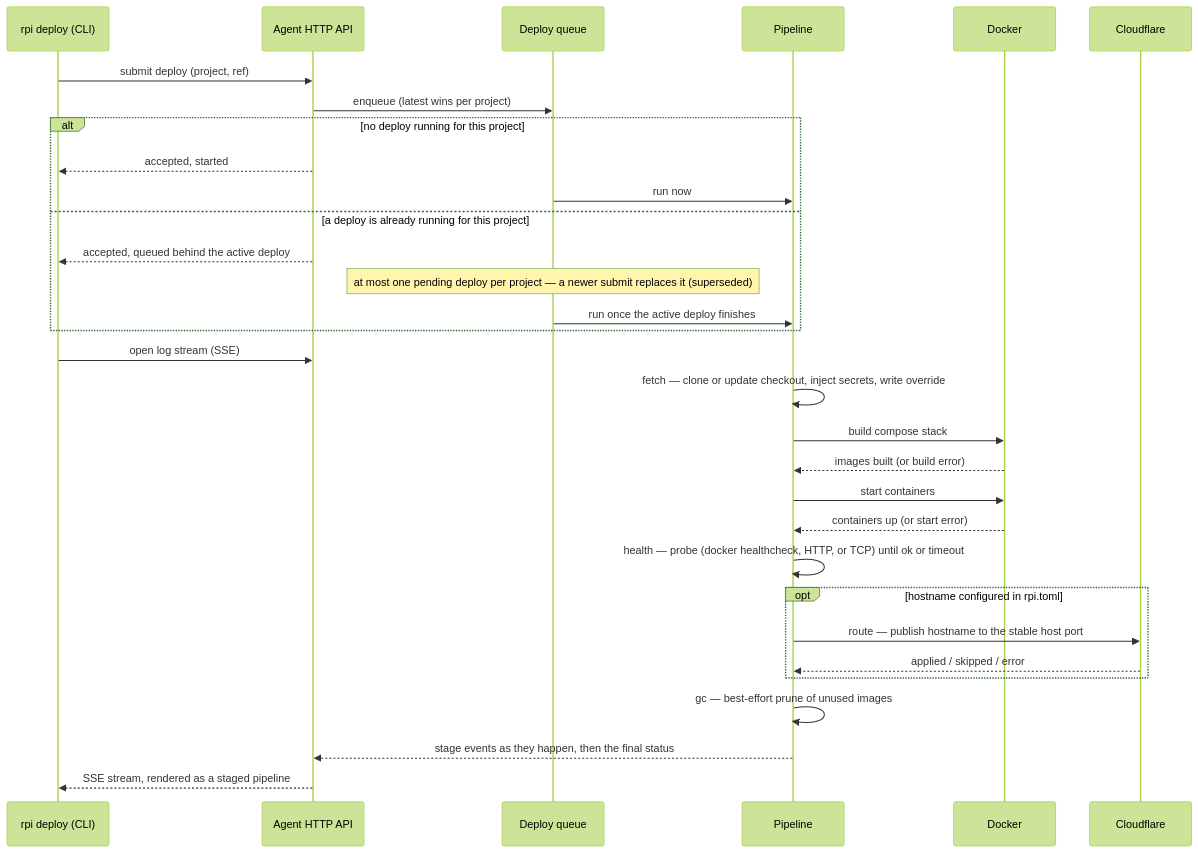
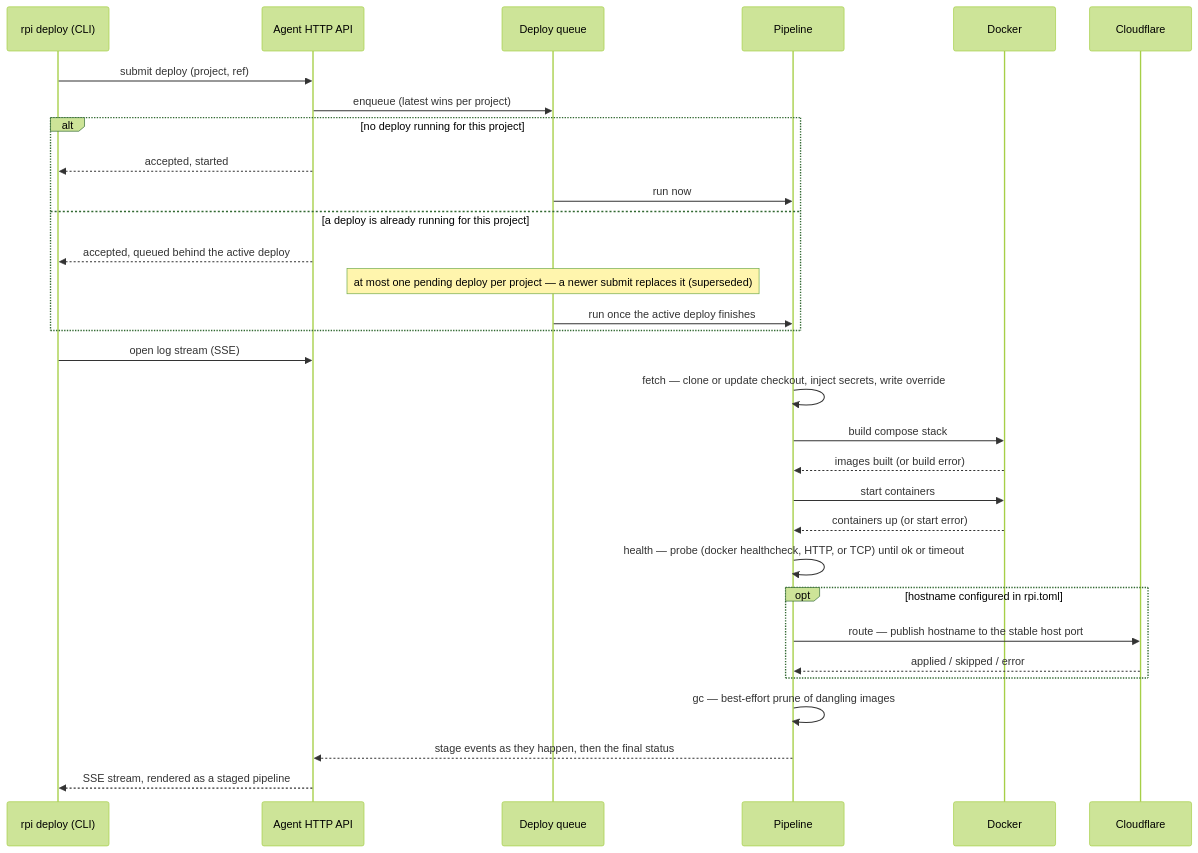
The first of 2 diagrams in docs/architecture/flows/deploy.md (khmilevoi/rpi-deploy), drawn with Mermaid (forest theme) before and after one commit. The commit also changed other lines of this file and 3 other files, not shown here.

Commit message:
docs(architecture): fix cross-doc drift from final review

````diff
--- a/docs/architecture/flows/deploy.md
+++ b/docs/architecture/flows/deploy.md
@@ -13,34 +13,34 @@
 ```mermaid
 sequenceDiagram
     participant CLI as rpi deploy (CLI)
     participant API as Agent HTTP API
     participant Q as Deploy queue
     participant P as Pipeline
     participant D as Docker
     participant CF as Cloudflare
 
     CLI->>API: submit deploy (project, ref)
     API->>Q: enqueue (latest wins per project)
     alt no deploy running for this project
         API-->>CLI: accepted, started
         Q->>P: run now
     else a deploy is already running for this project
         API-->>CLI: accepted, queued behind the active deploy
         Note over Q: at most one pending deploy per project — a newer submit replaces it (superseded)
         Q->>P: run once the active deploy finishes
     end
     CLI->>API: open log stream (SSE)
     P->>P: fetch — clone or update checkout, inject secrets, write override
     P->>D: build compose stack
     D-->>P: images built (or build error)
     P->>D: start containers
     D-->>P: containers up (or start error)
     P->>P: health — probe (docker healthcheck, HTTP, or TCP) until ok or timeout
     opt hostname configured in rpi.toml
         P->>CF: route — publish hostname to the stable host port
         CF-->>P: applied / skipped / error
     end
-    P->>P: gc — best-effort prune of unused images
+    P->>P: gc — best-effort prune of dangling images
     P-->>API: stage events as they happen, then the final status
     API-->>CLI: SSE stream, rendered as a staged pipeline
 ```
````
